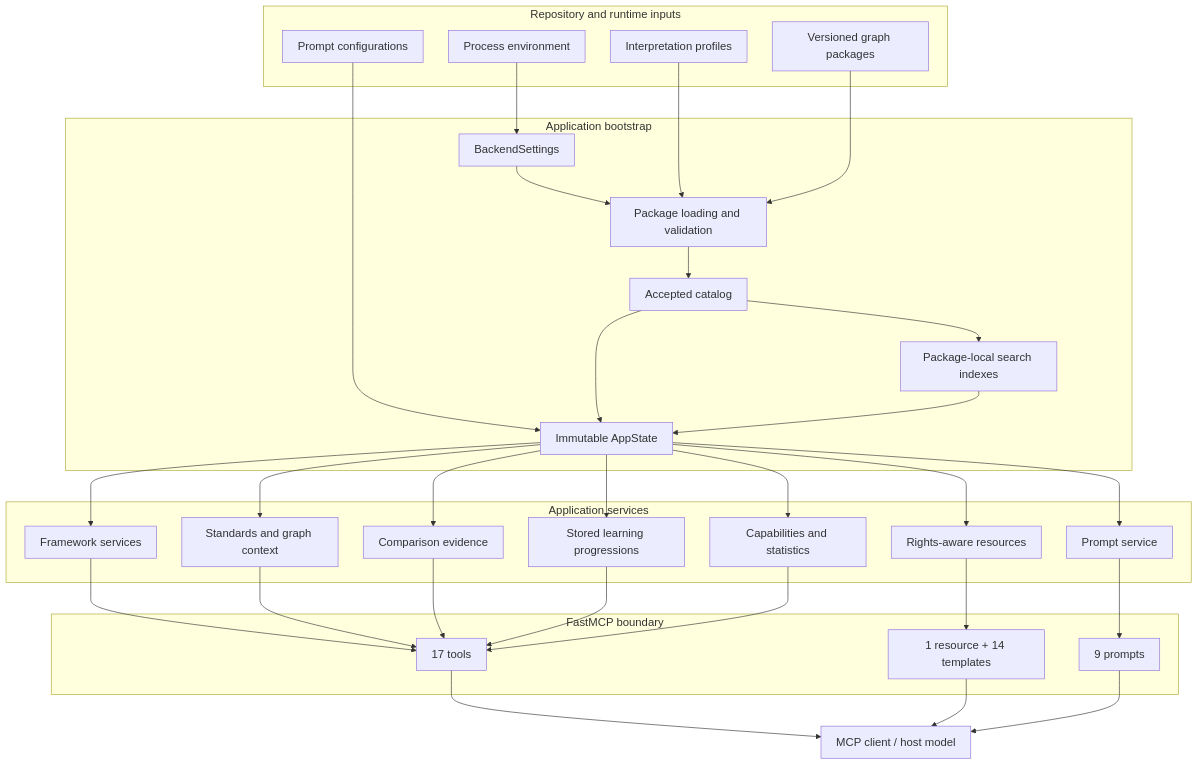
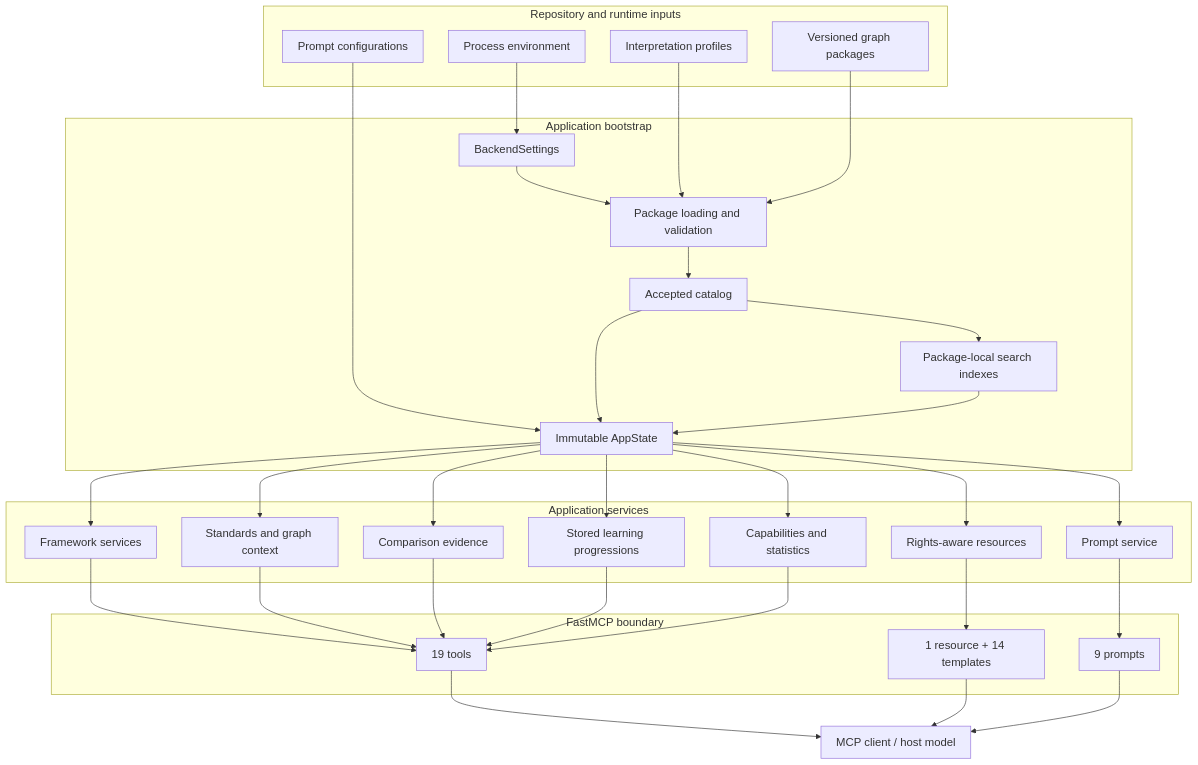
The first of 2 diagrams in docs/architecture.md (IDinsight/KGForEdGlobalMCP), drawn with Mermaid before and after one commit. The commit also changed other lines of this file and 32 other files, not shown here.

````diff
--- a/docs/architecture.md
+++ b/docs/architecture.md
@@ -31,72 +31,72 @@
 ```mermaid
 %%{init: {
   "themeVariables": {
     "fontSize": "18px"
   },
   "flowchart": {
     "useMaxWidth": true,
     "nodeSpacing": 40,
     "rankSpacing": 50,
     "padding": 12
   }
 }}%%
 flowchart TB
     subgraph Inputs[Repository and runtime inputs]
         ENV[Process environment]
         PROF[Interpretation profiles]
         PROMPT[Prompt configurations]
         PKG[Versioned graph packages]
     end
 
     subgraph Bootstrap[Application bootstrap]
         SETTINGS[BackendSettings]
         VALIDATE[Package loading and validation]
         CATALOG[Accepted catalog]
         INDEX[Package-local search indexes]
         STATE[Immutable AppState]
     end
 
     subgraph Services[Application services]
         FRAMEWORK[Framework services]
         STANDARDS[Standards and graph context]
         COMPARE[Comparison evidence]
         PROGRESSION[Stored learning progressions]
         RESOURCE[Rights-aware resources]
         PROMPTS[Prompt service]
         CAPS[Capabilities and statistics]
     end
 
     subgraph MCP[FastMCP boundary]
-        TOOLS[17 tools]
+        TOOLS[19 tools]
         RESOURCES[1 resource + 14 templates]
         MCPPROMPTS[9 prompts]
     end
 
     HOST[MCP client / host model]
     ENV --> SETTINGS
     SETTINGS --> VALIDATE
     PROF --> VALIDATE
     PKG --> VALIDATE
     VALIDATE --> CATALOG
     PROMPT --> STATE
     CATALOG --> INDEX
     CATALOG --> STATE
     INDEX --> STATE
     STATE --> FRAMEWORK
     STATE --> STANDARDS
     STATE --> COMPARE
     STATE --> PROGRESSION
     STATE --> RESOURCE
     STATE --> PROMPTS
     STATE --> CAPS
     FRAMEWORK --> TOOLS
     STANDARDS --> TOOLS
     COMPARE --> TOOLS
     PROGRESSION --> TOOLS
     CAPS --> TOOLS
     RESOURCE --> RESOURCES
     PROMPTS --> MCPPROMPTS
     TOOLS --> HOST
     RESOURCES --> HOST
     MCPPROMPTS --> HOST
 ```
````
